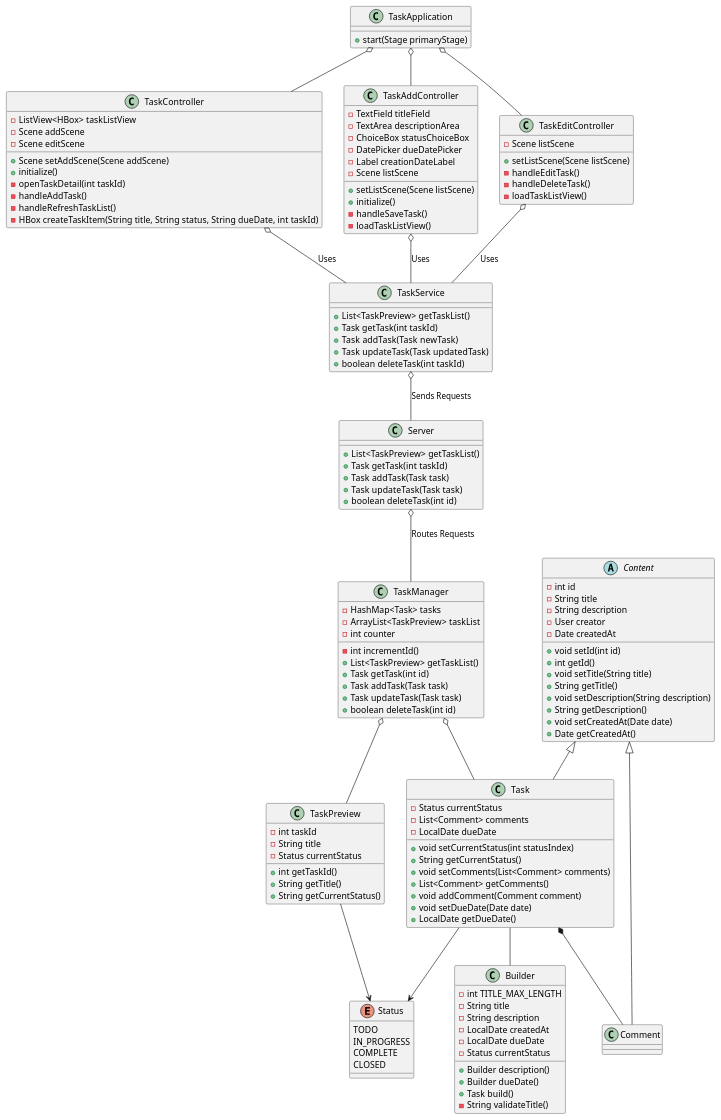
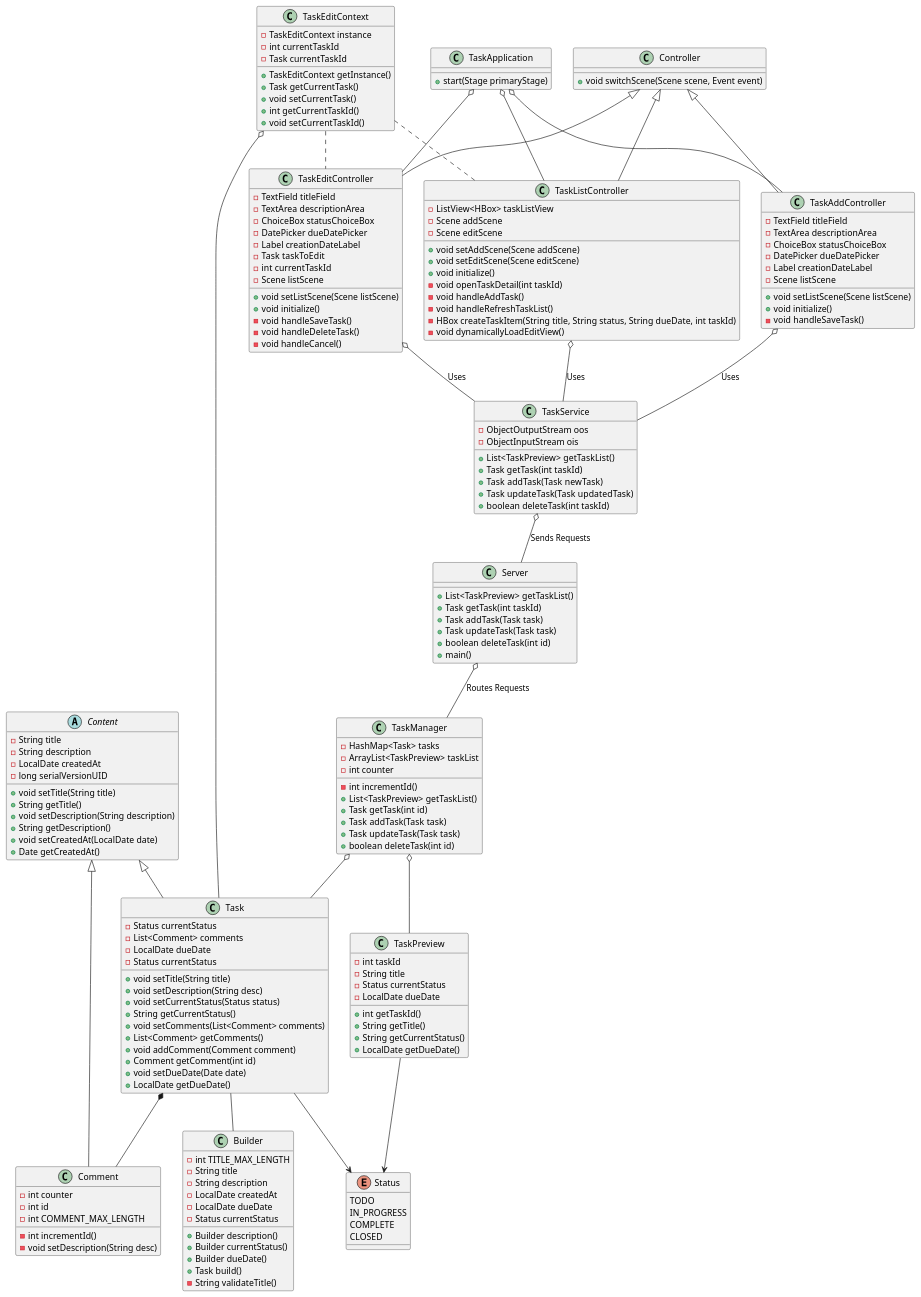
One commit to dalibran/javafinalp1 changed the diagram in uml/class.puml. Above: the diagram before and after it, drawn with PlantUML. The commit also changed 16 other files, not shown here.

```diff
--- a/uml/class.puml
+++ b/uml/class.puml
@@ -1,148 +1,190 @@
 @startuml
 'https://plantuml.com/class-diagram
 
 class TaskApplication {
     + start(Stage primaryStage)
 }
 
-class TaskController {
+class TaskEditContext {
+    - TaskEditContext instance
+    - int currentTaskId
+    - Task currentTaskId
+    + TaskEditContext getInstance()
+    + Task getCurrentTask()
+    + void setCurrentTask()
+    + int getCurrentTaskId()
+    + void setCurrentTaskId()
+
+}
+
+class TaskListController {
     - ListView<HBox> taskListView
     - Scene addScene
     - Scene editScene
-    + Scene setAddScene(Scene addScene)
-    + initialize()
-    - openTaskDetail(int taskId)
-    - handleAddTask()
-    - handleRefreshTaskList()
+    + void setAddScene(Scene addScene)
+    + void setEditScene(Scene editScene)
+    + void initialize()
+    - void openTaskDetail(int taskId)
+    - void handleAddTask()
+    - void handleRefreshTaskList()
     - HBox createTaskItem(String title, String status, String dueDate, int taskId)
+    - void dynamicallyLoadEditView()
 }
 
 class TaskAddController {
     - TextField titleField
     - TextArea descriptionArea
     - ChoiceBox statusChoiceBox
     - DatePicker dueDatePicker
     - Label creationDateLabel
     - Scene listScene
-    + setListScene(Scene listScene)
-    + initialize()
-    - handleSaveTask()
-    - loadTaskListView()
+    + void setListScene(Scene listScene)
+    + void initialize()
+    - void handleSaveTask()
 }
 
 class TaskEditController {
+    - TextField titleField
+    - TextArea descriptionArea
+    - ChoiceBox statusChoiceBox
+    - DatePicker dueDatePicker
+    - Label creationDateLabel
+    - Task taskToEdit
+    - int currentTaskId
     - Scene listScene
-    + setListScene(Scene listScene)
-    - handleEditTask()
-    - handleDeleteTask()
-    - loadTaskListView()
+    + void setListScene(Scene listScene)
+    + void initialize()
+    - void handleSaveTask()
+    - void handleDeleteTask()
+    - void handleCancel()
+}
+
+class Controller {
+    + void switchScene(Scene scene, Event event)
 }
 
 class TaskService {
+    - ObjectOutputStream oos
+    - ObjectInputStream ois
     + List<TaskPreview> getTaskList()
     + Task getTask(int taskId)
     + Task addTask(Task newTask)
     + Task updateTask(Task updatedTask)
     + boolean deleteTask(int taskId)
 }
 
 class Server {
     + List<TaskPreview> getTaskList()
     + Task getTask(int taskId)
     + Task addTask(Task task)
     + Task updateTask(Task task)
     + boolean deleteTask(int id)
+    + main()
 }
 
 class TaskManager {
     - HashMap<Task> tasks
     - ArrayList<TaskPreview> taskList
     - int counter
     - int incrementId()
     + List<TaskPreview> getTaskList()
     + Task getTask(int id)
     + Task addTask(Task task)
     + Task updateTask(Task task)
     + boolean deleteTask(int id)
 }
 
 enum Status {
     TODO
     IN_PROGRESS
     COMPLETE
     CLOSED
 }
 
 class Task {
     - Status currentStatus
     - List<Comment> comments
     - LocalDate dueDate
-    + void setCurrentStatus(int statusIndex)
+    - Status currentStatus
+    + void setTitle(String title)
+    + void setDescription(String desc)
+    + void setCurrentStatus(Status status)
     + String getCurrentStatus()
     + void setComments(List<Comment> comments)
     + List<Comment> getComments()
     + void addComment(Comment comment)
+    + Comment getComment(int id)
     + void setDueDate(Date date)
     + LocalDate getDueDate()
 }
 
 class Builder {
     - int TITLE_MAX_LENGTH
     - String title
     - String description
     - LocalDate createdAt
     - LocalDate dueDate
     - Status currentStatus
     + Builder description()
+    + Builder currentStatus()
     + Builder dueDate()
     + Task build()
     - String validateTitle()
-
 }
 
 class TaskPreview {
     - int taskId
     - String title
     - Status currentStatus
+    - LocalDate dueDate
     + int getTaskId()
     + String getTitle()
     + String getCurrentStatus()
+    + LocalDate getDueDate()
 }
 
 class Comment {
+    - int counter
+    - int id
+    - int COMMENT_MAX_LENGTH
+    - int incrementId()
+    - void setDescription(String desc)
 }
 
 abstract class Content {
-    - int id
     - String title
     - String description
-    - User creator
-    - Date createdAt
-    + void setId(int id)
-    + int getId()
+    - LocalDate createdAt
+    - long serialVersionUID
     + void setTitle(String title)
     + String getTitle()
     + void setDescription(String description)
     + String getDescription()
-    + void setCreatedAt(Date date)
+    + void setCreatedAt(LocalDate date)
     + Date getCreatedAt()
 }
 
+Controller <|-- TaskAddController
+Controller <|-- TaskEditController
+Controller <|-- TaskListController
 Content <|-- Task
 Content <|-- Comment
 Task *-- Comment
+TaskEditContext .. TaskListController
+TaskEditContext .. TaskEditController
+TaskEditContext o-- Task
 TaskManager o-- Task
 TaskManager o-- TaskPreview
 Task --> Status
 Task -- Builder
 TaskPreview --> Status
-TaskController o-- TaskService: Uses
+TaskListController o-- TaskService: Uses
 TaskAddController o-- TaskService: Uses
 TaskEditController o-- TaskService: Uses
-TaskApplication o-- TaskController
+TaskApplication o-- TaskListController
 TaskApplication o-- TaskAddController
 TaskApplication o-- TaskEditController
 TaskService o-- Server: Sends Requests
 Server o-- TaskManager: Routes Requests
 
 @enduml
```
